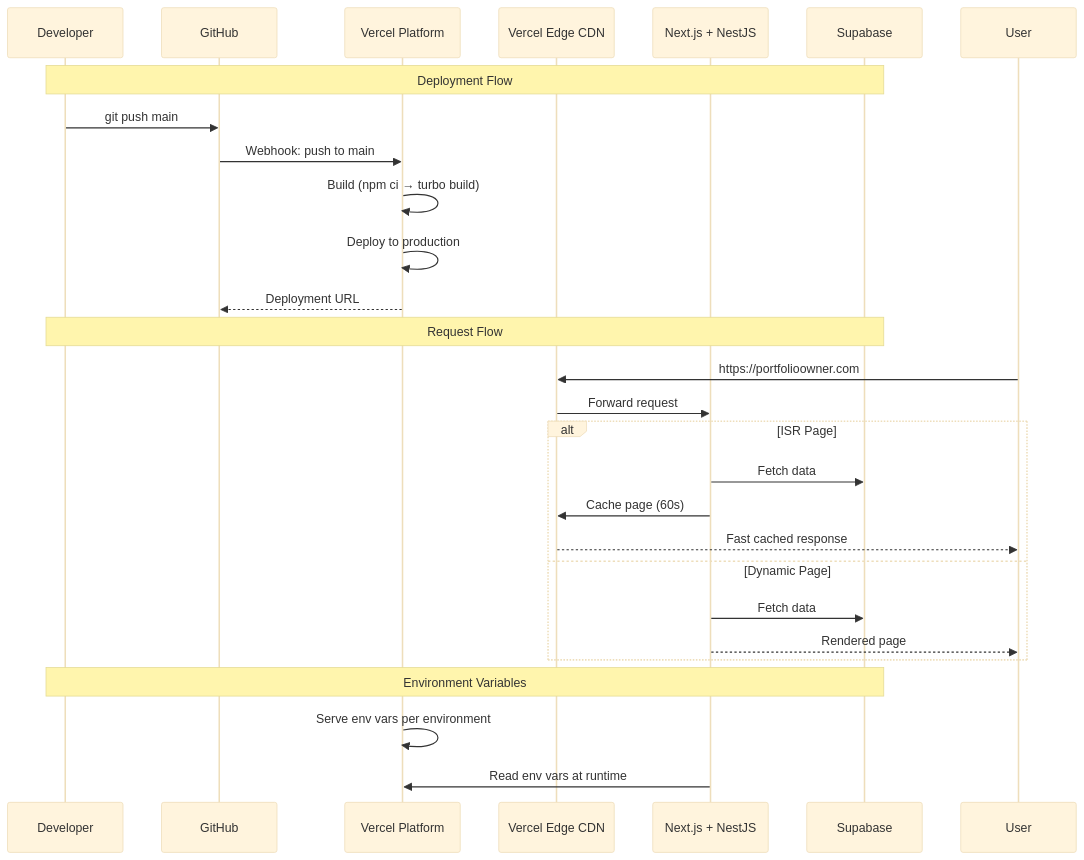
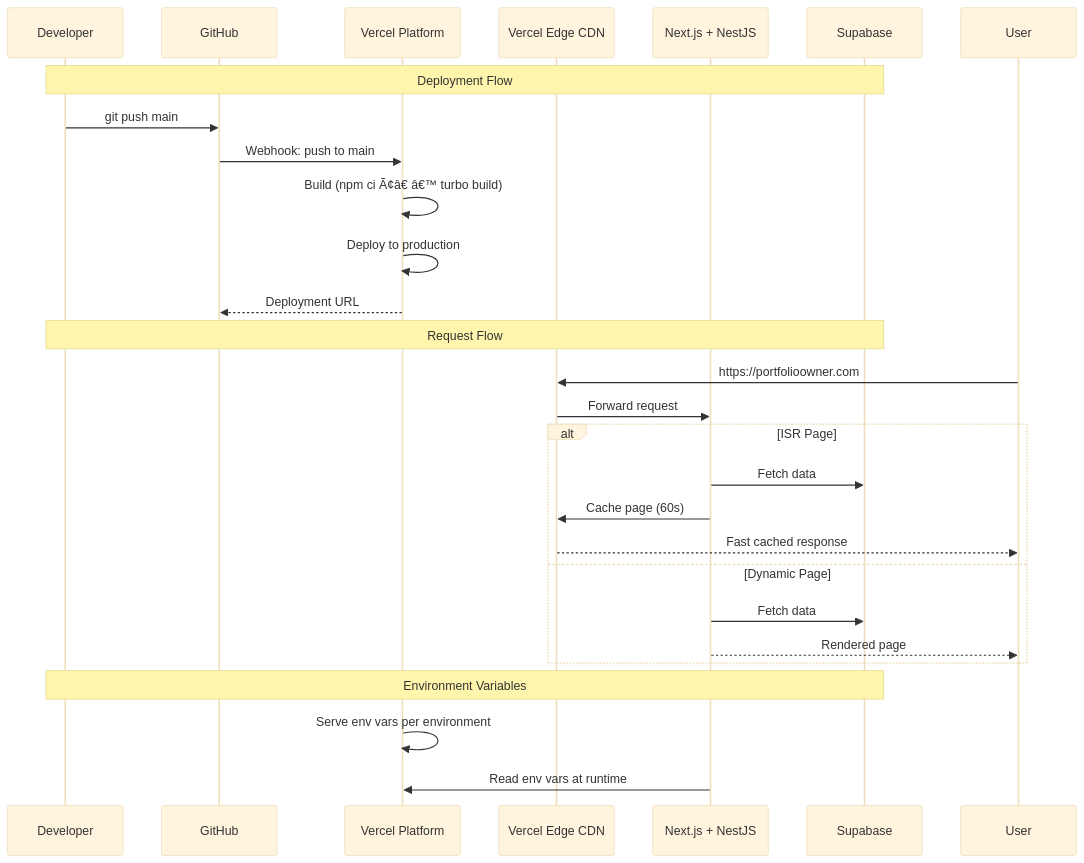
One commit to rohitkumarnaidu/Portfolio changed diagram 13 of 16 in docs/05-architecture/INTEGRATIONS.md. Above: the diagram before and after it, drawn with Mermaid (base theme). The commit also changed other lines of this file and 343 other files, not shown here.

First line of the commit message:
docs: add Mermaid diagrams across 140+ files — 38% -> 70% coverage

````diff
--- a/docs/05-architecture/INTEGRATIONS.md
+++ b/docs/05-architecture/INTEGRATIONS.md
@@ -1494,32 +1494,32 @@
 ```mermaid
 sequenceDiagram
     participant Dev as Developer
     participant Git as GitHub
     participant Vercel as Vercel Platform
     participant CDN as Vercel Edge CDN
     participant App as Next.js + NestJS
     participant Supabase as Supabase
 
     Note over Dev,Supabase: Deployment Flow
     Dev->>Git: git push main
     Git->>Vercel: Webhook: push to main
-    Vercel->>Vercel: Build (npm ci → turbo build)
+    Vercel->>Vercel: Build (npm ci Ã¢â€ â€™ turbo build)
     Vercel->>Vercel: Deploy to production
     Vercel-->>Git: Deployment URL
 
     Note over Dev,Supabase: Request Flow
     User->>CDN: https://portfolioowner.com
     CDN->>App: Forward request
     alt ISR Page
         App->>Supabase: Fetch data
         App->>CDN: Cache page (60s)
         CDN-->>User: Fast cached response
     else Dynamic Page
         App->>Supabase: Fetch data
         App-->>User: Rendered page
     end
 
     Note over Dev,Supabase: Environment Variables
     Vercel->>Vercel: Serve env vars per environment
     App->>Vercel: Read env vars at runtime
 ```
````
